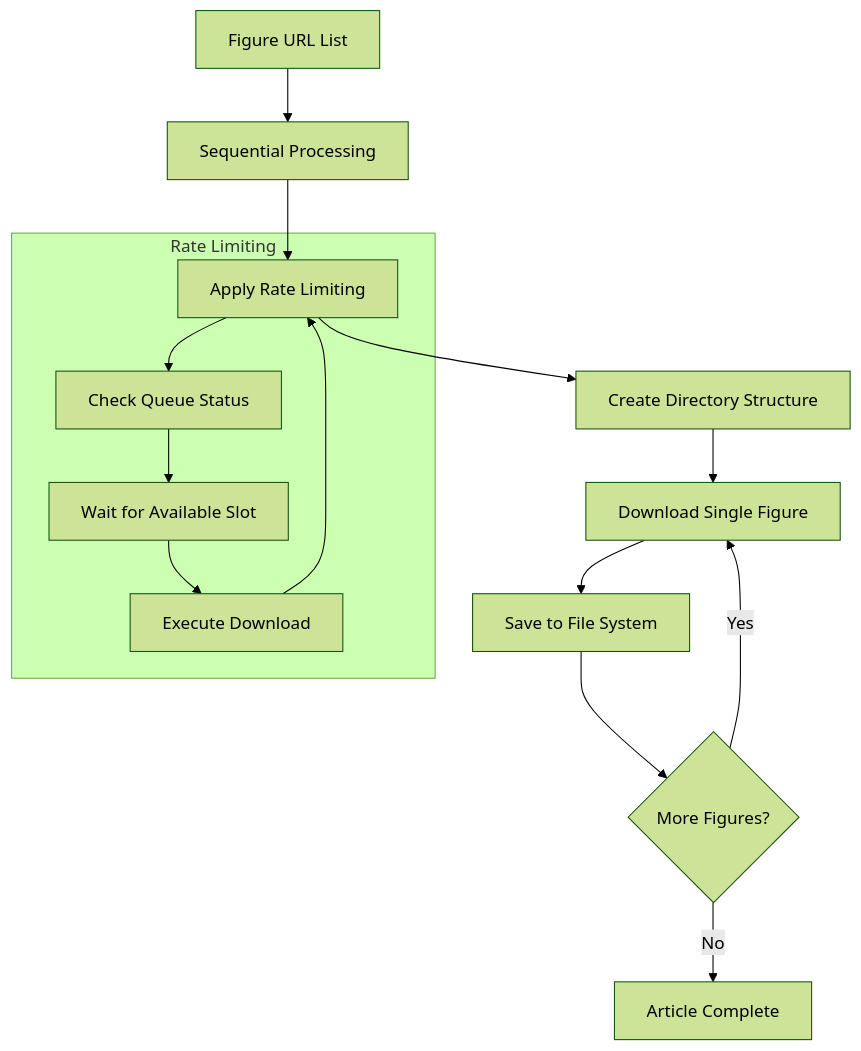
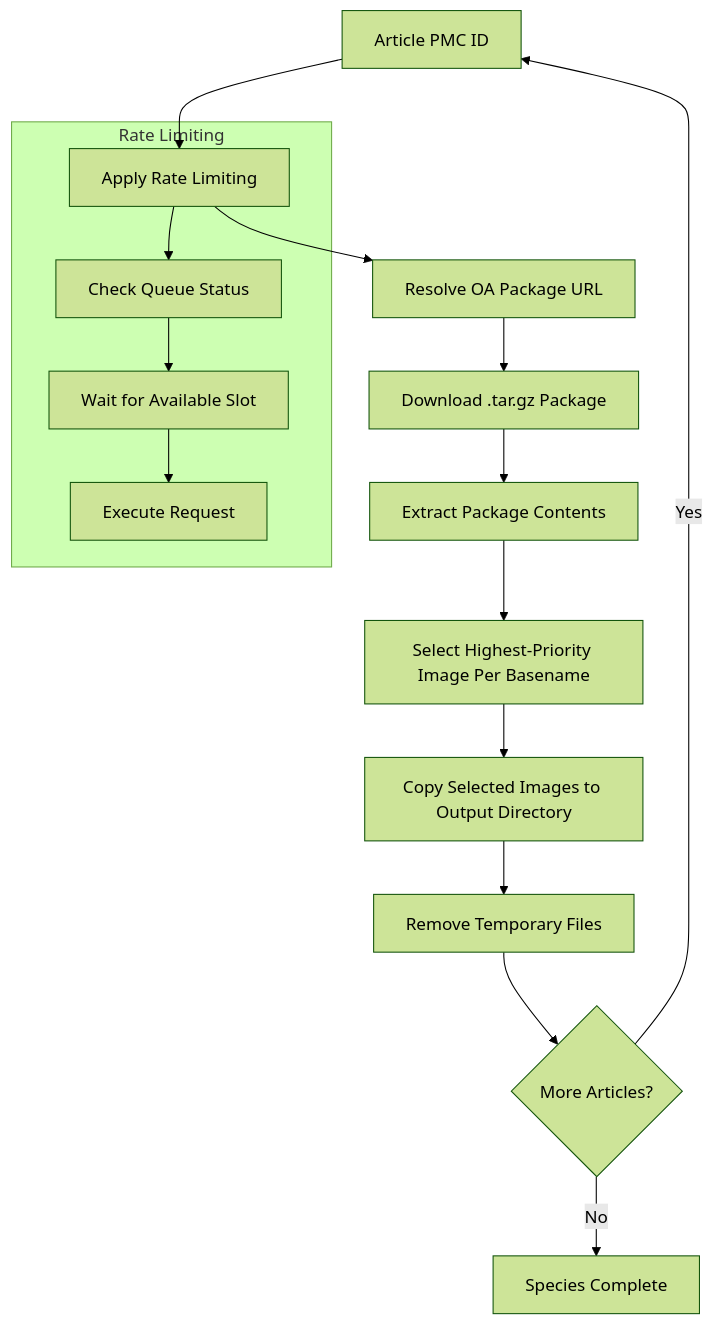
Before and after one commit to AlexJSully/Publication-Figure-Retrieval: the sixth of 12 diagrams in docs/architecture/pipelines.md, drawn with Mermaid (forest theme). The commit also changed other lines of this file and 10 other files, not shown here.

````diff
--- a/docs/architecture/pipelines.md
+++ b/docs/architecture/pipelines.md
@@ -150,18 +157,22 @@
 ```mermaid
 graph TD
-    A[Figure URL List] --> B[Sequential Processing]
-    B --> C[Apply Rate Limiting]
-    C --> D[Create Directory Structure]
-    D --> E[Download Single Figure]
-    E --> F[Save to File System]
-    F --> G{More Figures?}
-    G -->|Yes| E
-    G -->|No| H[Article Complete]
+    accTitle: Package Download Management
+    accDescr: For each article the tool applies rate limiting through the throttled queue, resolves the OA package URL, downloads the .tar.gz package, and extracts its contents. It selects the highest-priority image per basename, copies the selected images to the output directory, and removes temporary files. Articles are processed sequentially rather than in parallel.
+
+    A[Article PMC ID] --> B[Apply Rate Limiting]
+    B --> C[Resolve OA Package URL]
+    C --> D[Download .tar.gz Package]
+    D --> E[Extract Package Contents]
+    E --> F[Select Highest-Priority Image Per Basename]
+    F --> G[Copy Selected Images to Output Directory]
+    G --> H[Remove Temporary Files]
+    H --> I{More Articles?}
+    I -->|Yes| A
+    I -->|No| J[Species Complete]
 
     subgraph "Rate Limiting"
-        C --> I[Check Queue Status]
-        I --> J[Wait for Available Slot]
-        J --> K[Execute Download]
-        K --> C
+        B --> K[Check Queue Status]
+        K --> L[Wait for Available Slot]
+        L --> M[Execute Request]
     end
 ```
````
